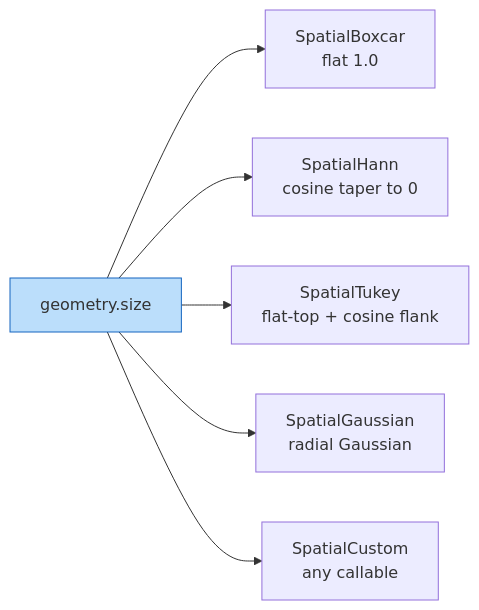
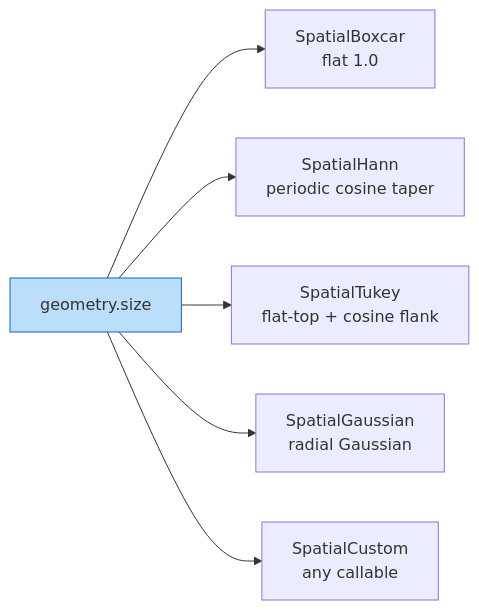
Before and after one commit to jejjohnson/geotoolz: the fourth of 5 diagrams in docs/patcher/concepts.md, drawn with Mermaid. The commit also changed 4 other files, not shown here.

````diff
--- a/docs/patcher/concepts.md
+++ b/docs/patcher/concepts.md
@@ -70,9 +70,9 @@
 ```mermaid
 flowchart LR
     Geom[geometry.size] --> BC[SpatialBoxcar<br/>flat 1.0]
-    Geom --> HN[SpatialHann<br/>cosine taper to 0]
+    Geom --> HN[SpatialHann<br/>periodic cosine taper]
     Geom --> TK[SpatialTukey<br/>flat-top + cosine flank]
     Geom --> GS[SpatialGaussian<br/>radial Gaussian]
     Geom --> CU[SpatialCustom<br/>any callable]
     style Geom fill:#bbdefb,stroke:#1565c0
 ```
````
